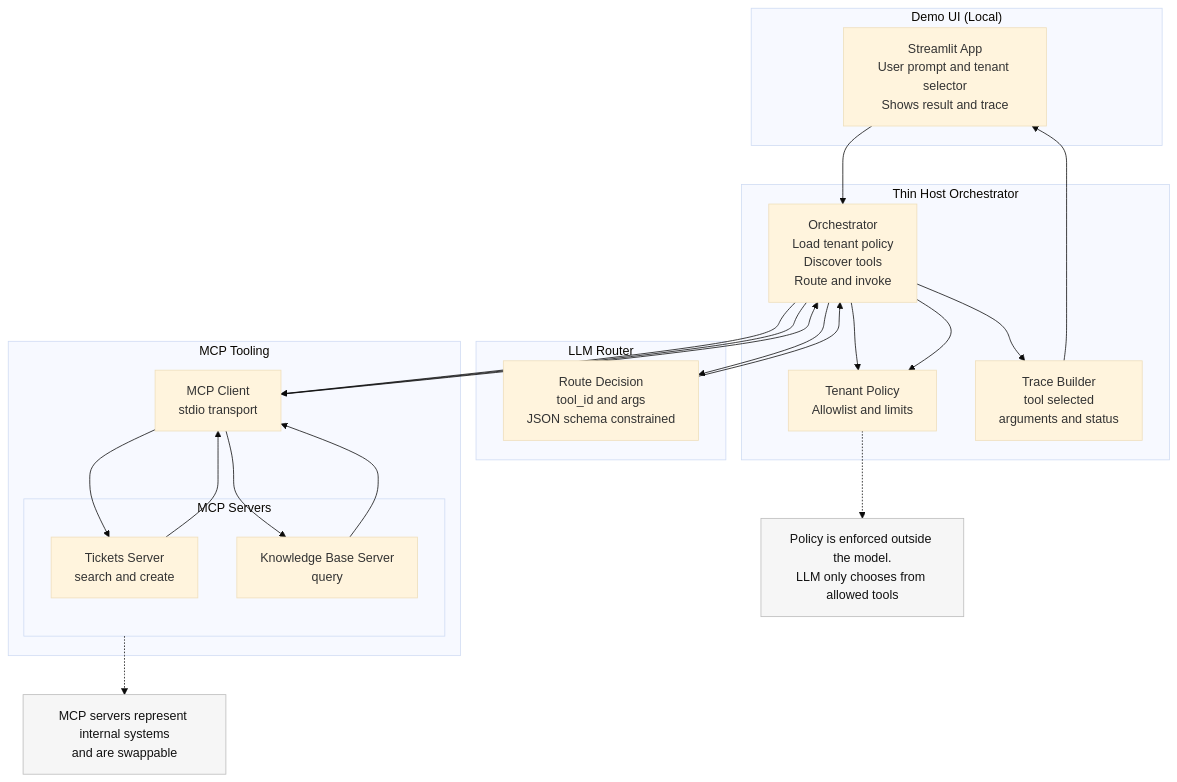
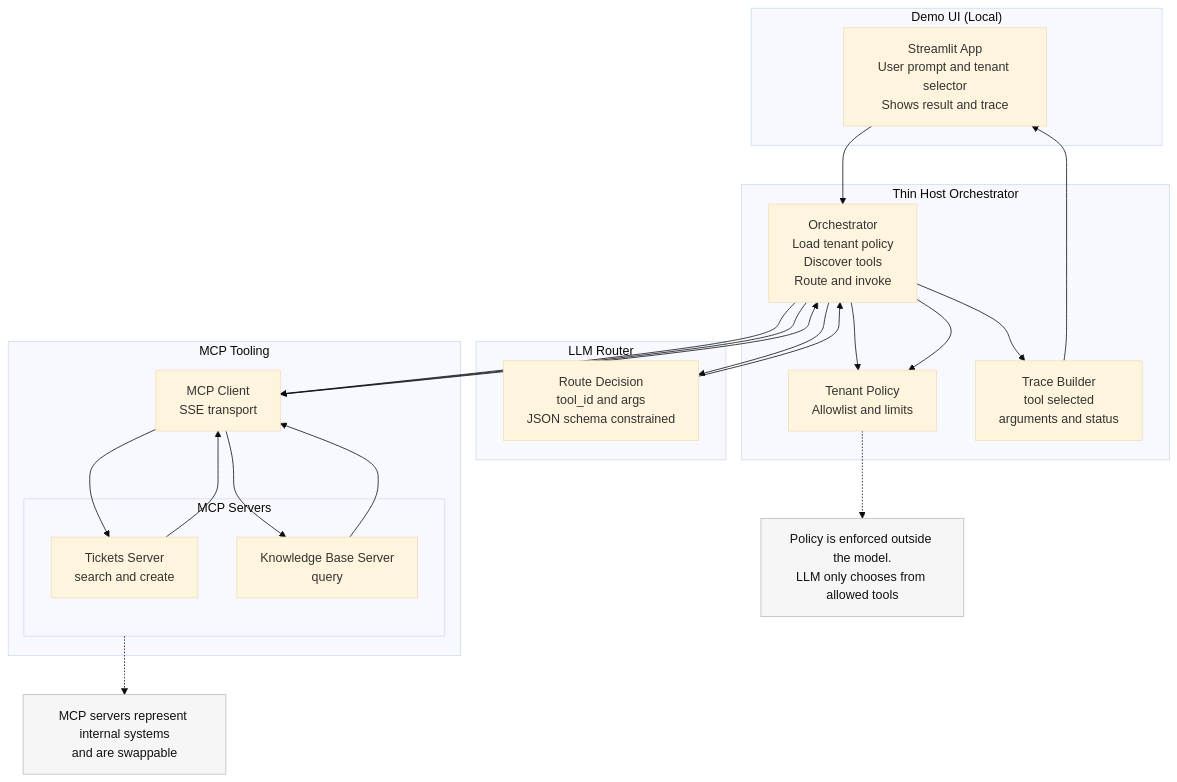
One commit to adamkicklighter/thin-mcp changed the diagram in architecture.md. Above: the diagram before and after it, drawn with Mermaid (base theme). The commit also changed 3 other files, not shown here.

````diff
--- a/architecture.md
+++ b/architecture.md
@@ -1,57 +1,57 @@
 ``` mermaid
 flowchart TB
   %% UI Layer
   subgraph UI["Demo UI (Local)"]
     ST["Streamlit App<br/>User prompt and tenant selector<br/>Shows result and trace"]
   end
 
   %% Host Layer
   subgraph HOST["Thin Host Orchestrator"]
     ORCH["Orchestrator<br/>Load tenant policy<br/>Discover tools<br/>Route and invoke"]
     POL["Tenant Policy<br/>Allowlist and limits"]
     TRACE["Trace Builder<br/>tool selected<br/>arguments and status"]
   end
 
   %% LLM Routing Layer
   subgraph LLM["LLM Router"]
     ROUTE["Route Decision<br/>tool_id and args<br/>JSON schema constrained"]
   end
 
   %% MCP Client and Servers
   subgraph MCP["MCP Tooling"]
-    MC["MCP Client<br/>stdio transport"]
+    MC["MCP Client<br/>SSE transport"]
     subgraph SRV["MCP Servers"]
       TS["Tickets Server<br/>search and create"]
       KB["Knowledge Base Server<br/>query"]
     end
   end
 
   %% Primary flow
   ST --> ORCH
   ORCH --> POL
   ORCH --> MC
 
   MC --> TS
   TS --> MC
   MC --> KB
   KB --> MC
 
   ORCH --> ROUTE
   ROUTE --> ORCH
 
   ORCH --> POL
   ORCH --> MC
 
   MC --> ORCH
   ORCH --> TRACE
   TRACE --> ST
 
   %% Notes
   classDef note fill:#f6f6f6,stroke:#bbb,color:#111;
   N1["Policy is enforced outside the model.<br/>LLM only chooses from allowed tools"]:::note
   N2["MCP servers represent internal systems<br/>and are swappable"]:::note
 
   POL -.-> N1
   SRV -.-> N2
 
 ```
````
